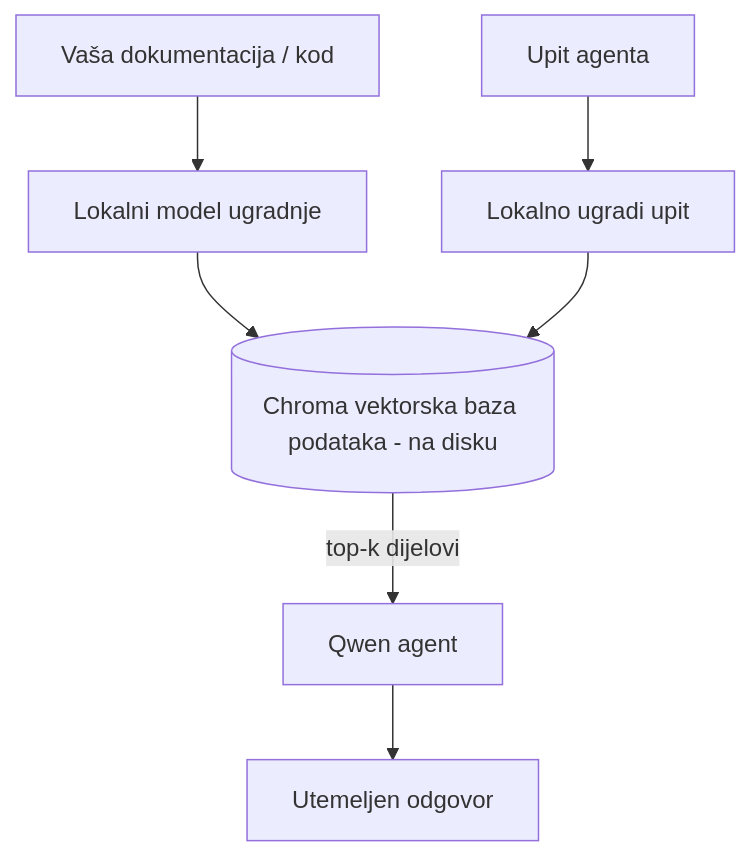
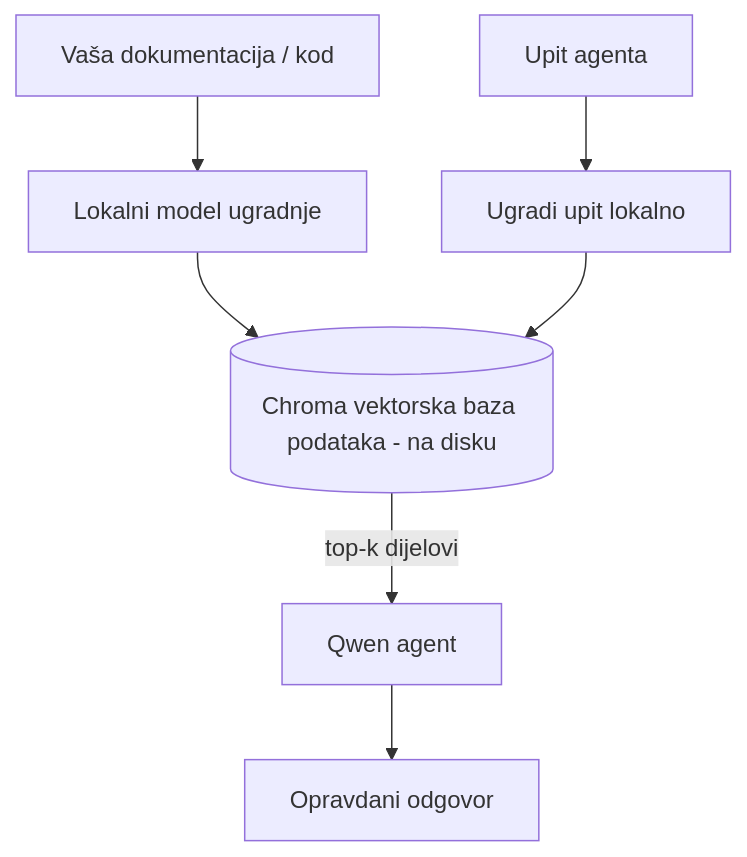
The third of 4 diagrams in mirrors/repos/microsoft@ai-agents-for-beginners/translations/hr/17-creating-local-ai-agents/README.md (gabrielmoreira/agent-skills-mirror), drawn with Mermaid before and after one commit. The commit also changed other lines of this file and 4262 other files, not shown here.

````diff
--- a/mirrors/repos/microsoft@ai-agents-for-beginners/translations/hr/17-creating-local-ai-agents/README.md
+++ b/mirrors/repos/microsoft@ai-agents-for-beginners/translations/hr/17-creating-local-ai-agents/README.md
@@ -125,9 +125,9 @@
 ```mermaid
 flowchart TB
     D[Vaša dokumentacija / kod] --> E[Lokalni model ugradnje]
     E --> V[(Chroma vektorska baza podataka - na disku)]
-    Q[Upit agenta] --> QE[Lokalno ugradi upit]
+    Q[Upit agenta] --> QE[Ugradi upit lokalno]
     QE --> V
     V -->|top-k dijelovi| A[Qwen agent]
-    A --> Ans[Utemeljen odgovor]
+    A --> Ans[Opravdani odgovor]
 ```
````
